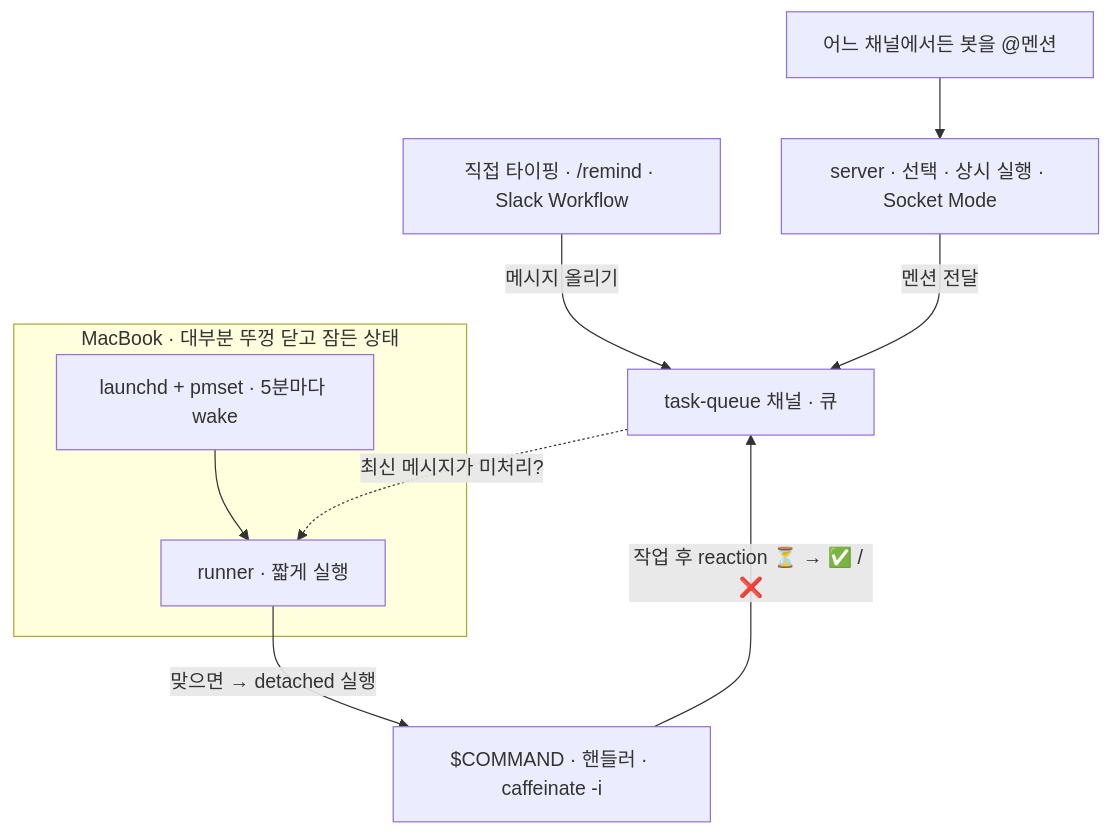
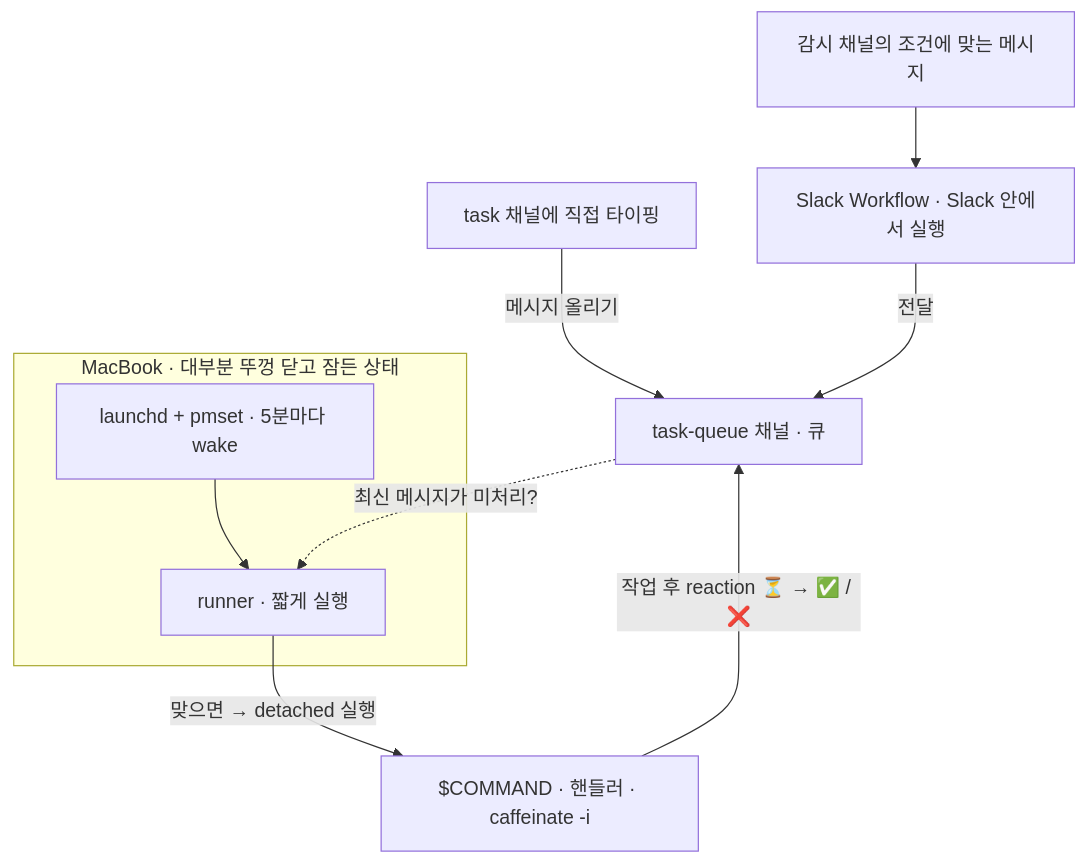
Before and after one commit to Jin5823/clamshell-taskq: the diagram in README.kr.md, drawn with Mermaid. The commit also changed other lines of this file and 3 other files, not shown here.

First line of the commit message:
feat!: drop the server, ingest through a Slack Workflow

````diff
--- a/README.kr.md
+++ b/README.kr.md
@@ -19,14 +19,14 @@
 ```mermaid
 flowchart TD
-    F["직접 타이핑 · /remind · Slack Workflow"] -->|"메시지 올리기"| Q["task-queue 채널 · 큐"]
-    A["어느 채널에서든 봇을 @멘션"] --> S["server · 선택 · 상시 실행 · Socket Mode"]
-    S -->|"멘션 전달"| Q
+    F["task 채널에 직접 타이핑"] -->|"메시지 올리기"| Q["task-queue 채널 · 큐"]
+    A["감시 채널의 조건에 맞는 메시지"] --> S["Slack Workflow · Slack 안에서 실행"]
+    S -->|"전달"| Q
 
     subgraph Mac["MacBook · 대부분 뚜껑 닫고 잠든 상태"]
       W["launchd + pmset · 5분마다 wake"] --> R["runner · 짧게 실행"]
     end
 
     Q -.->|"최신 메시지가 미처리?"| R
     R -->|"맞으면 → detached 실행"| C["$COMMAND · 핸들러 · caffeinate -i"]
     C -->|"작업 후 reaction ⏳ → ✅ / ❌"| Q
 ```
````
